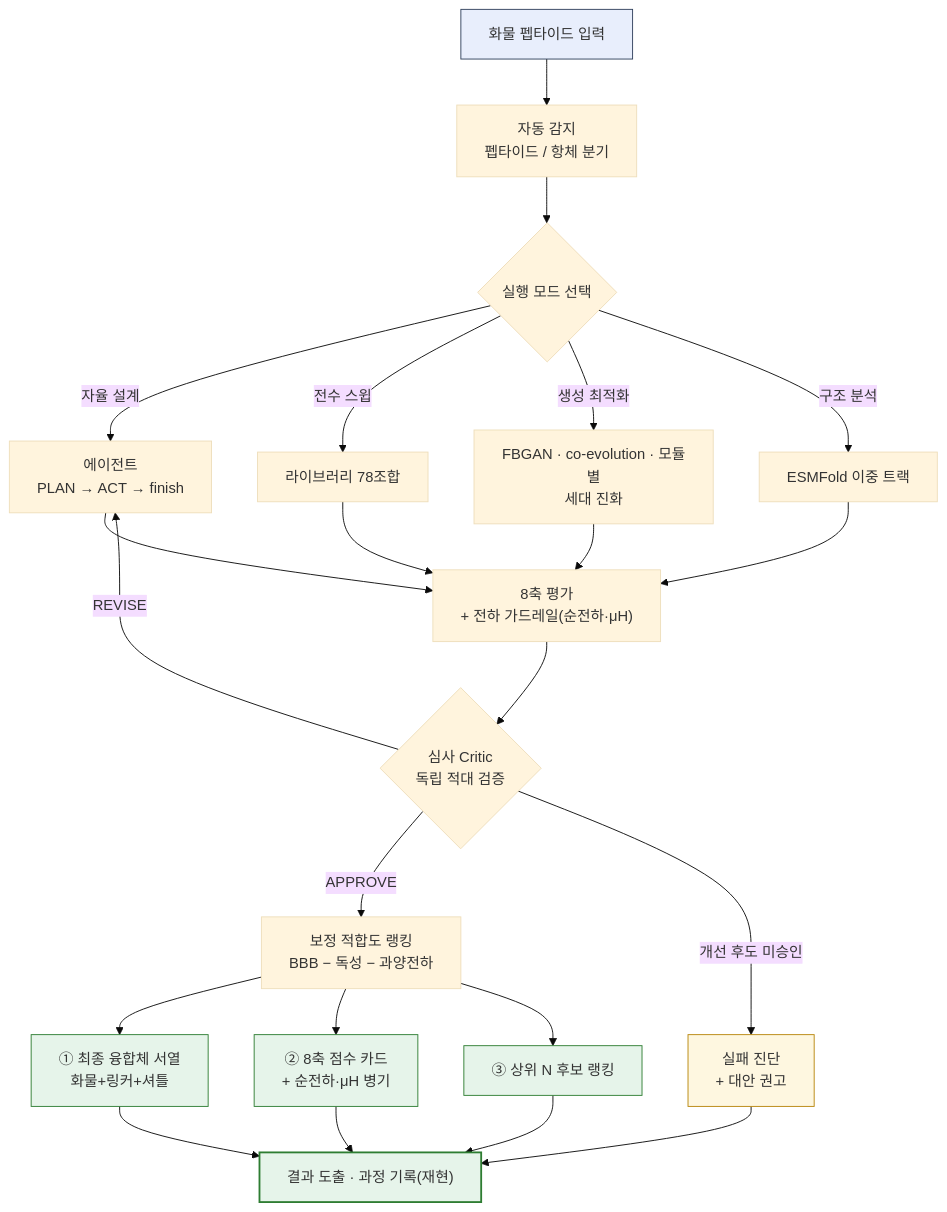
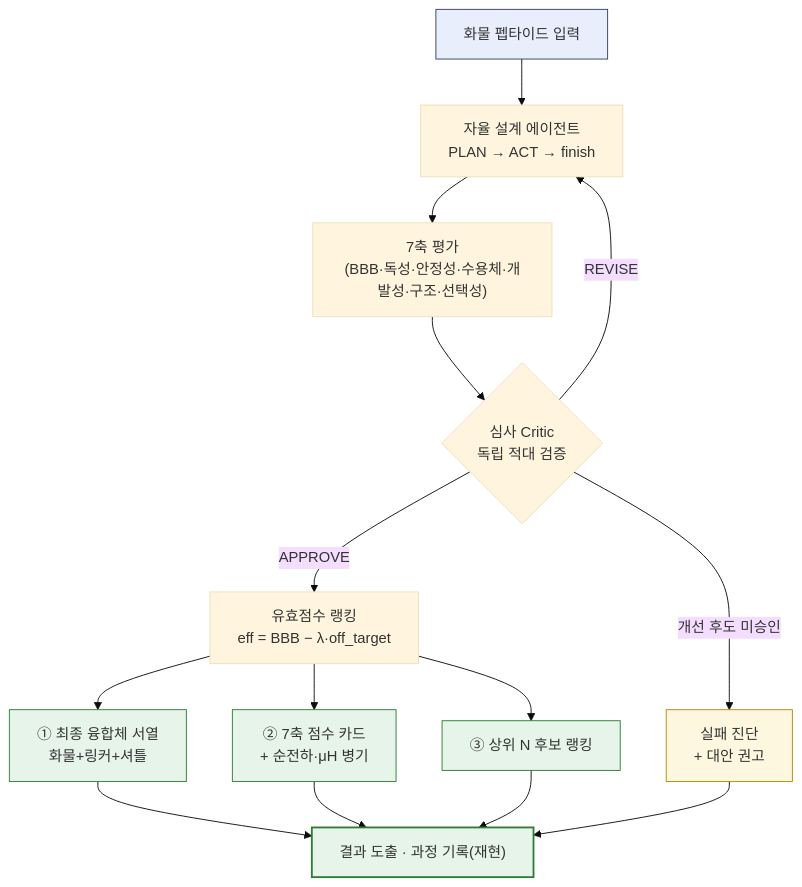
Before and after one commit to yunseul6028/BBB-Optimizer: the second of 8 diagrams in 아키텍처.md, drawn with Mermaid (base theme). The commit also changed other lines of this file, not shown here.

````diff
--- a/아키텍처.md
+++ b/아키텍처.md
@@ -81,32 +72,22 @@
 ```mermaid
 flowchart TB
-  IN["화물 펩타이드 입력"]:::user --> DET["자동 감지<br/>펩타이드 / 항체 분기"]
-  DET --> MODE{"실행 모드 선택"}
+  IN["화물 펩타이드 입력"]:::user --> AGP["자율 설계 에이전트<br/>PLAN → ACT → finish"]
 
-  MODE -->|자율 설계| AGP["에이전트<br/>PLAN → ACT → finish"]
-  MODE -->|전수 스윕| SWP["라이브러리 78조합"]
-  MODE -->|생성 최적화| GEN["FBGAN · co-evolution · 모듈별<br/>세대 진화"]
-  MODE -->|구조 분석| STR["ESMFold 이중 트랙"]
-
-  AGP --> EVAL["8축 평가<br/>+ 전하 가드레일(순전하·μH)"]
-  SWP --> EVAL
-  GEN --> EVAL
-  STR --> EVAL
-
+  AGP --> EVAL["7축 평가<br/>(BBB·독성·안정성·수용체·개발성·구조·선택성)"]
   EVAL --> CRIT{"심사 Critic<br/>독립 적대 검증"}
   CRIT -->|REVISE| AGP
-  CRIT -->|APPROVE| RANK["보정 적합도 랭킹<br/>BBB − 독성 − 과양전하"]
+  CRIT -->|APPROVE| RANK["유효점수 랭킹<br/>eff = BBB − λ·off_target"]
   CRIT -->|"개선 후도 미승인"| FAIL["실패 진단<br/>+ 대안 권고"]:::warn
 
   RANK --> R1["① 최종 융합체 서열<br/>화물+링커+셔틀"]:::result
-  RANK --> R2["② 8축 점수 카드<br/>+ 순전하·μH 병기"]:::result
+  RANK --> R2["② 7축 점수 카드<br/>+ 순전하·μH 병기"]:::result
   RANK --> R3["③ 상위 N 후보 랭킹"]:::result
 
   R1 & R2 & R3 --> OUT["결과 도출 · 과정 기록(재현)"]:::out
   FAIL --> OUT
 
   classDef user fill:#e8eefc,stroke:#30405c;
   classDef result fill:#e6f4ea,stroke:#2e7d32;
   classDef warn fill:#fef7e0,stroke:#b8860b;
   classDef out fill:#e6f4ea,stroke:#2e7d32,stroke-width:2px;
 ```
````
